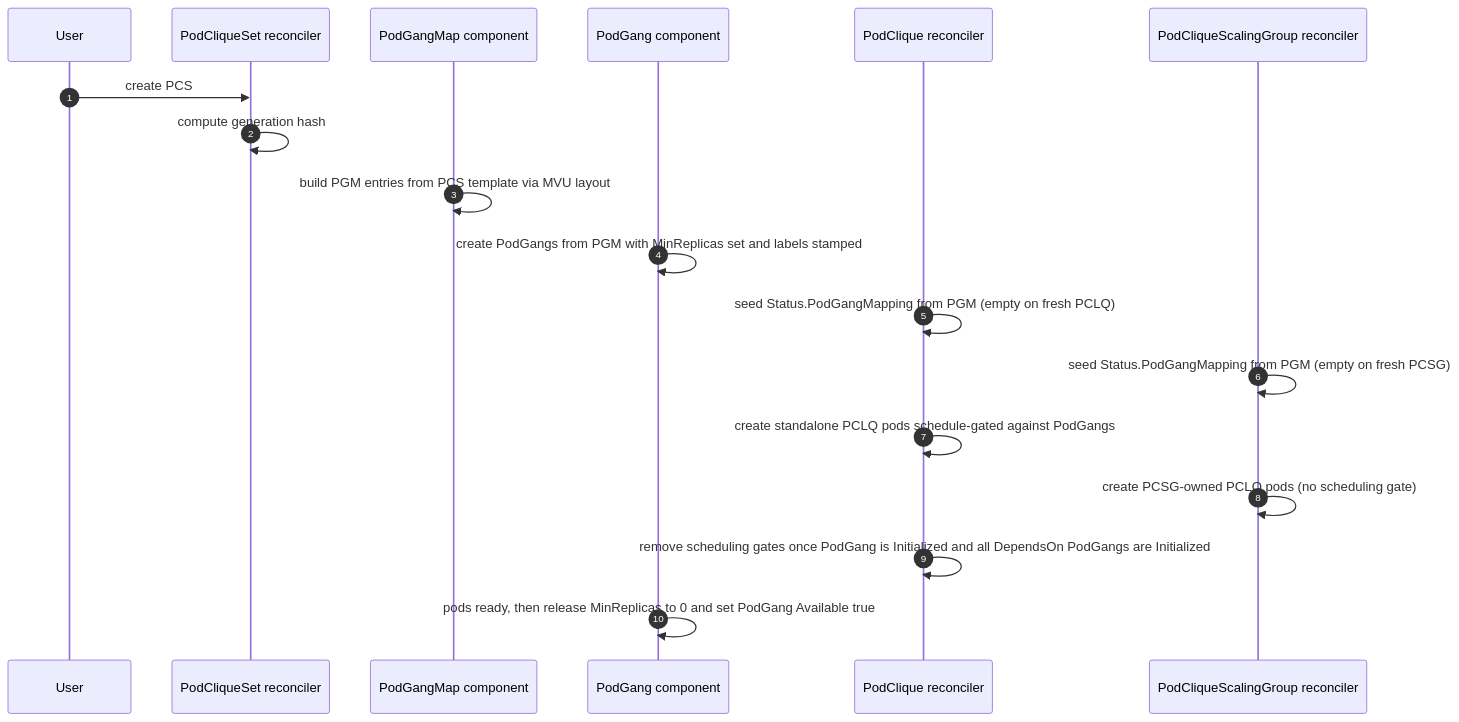
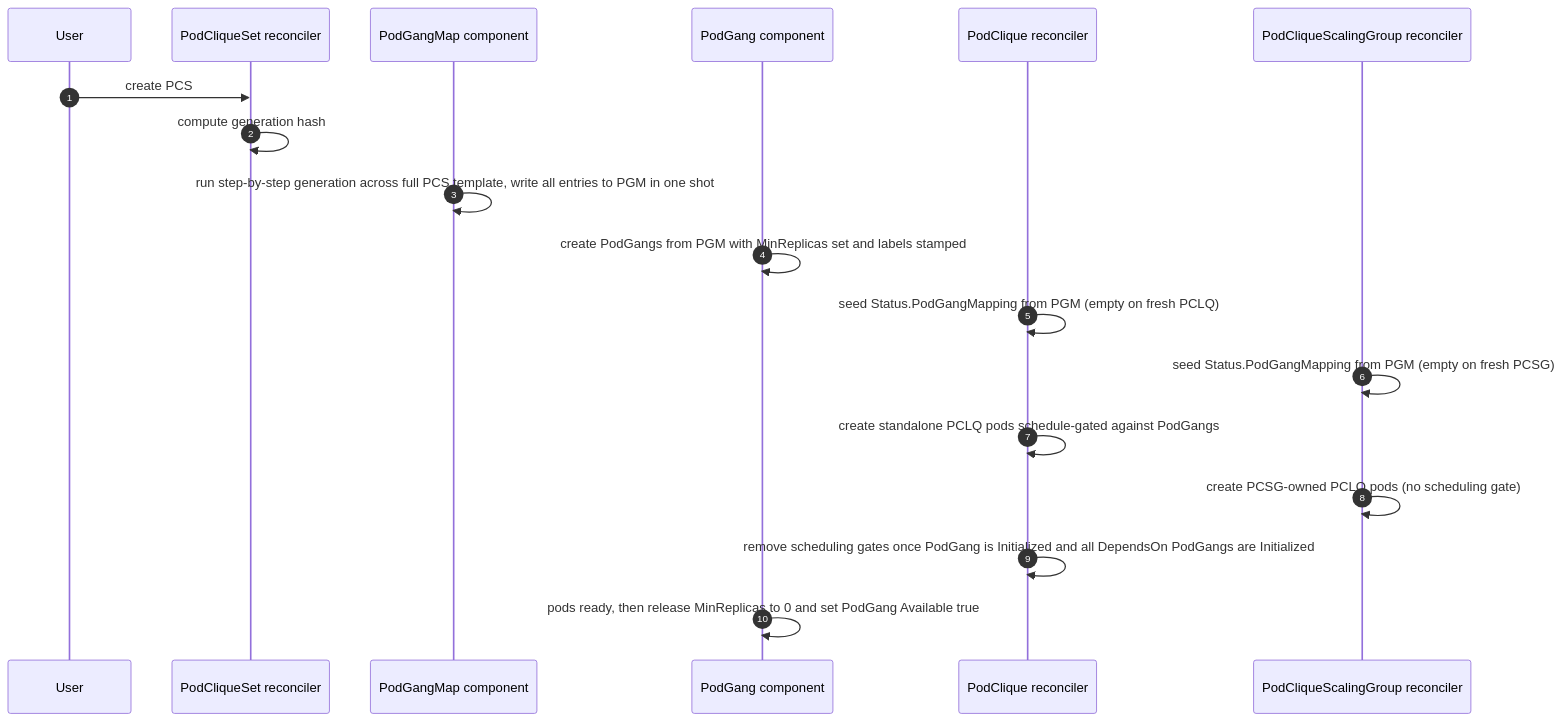
Before and after one commit to ai-dynamo/grove: the first of 5 diagrams in docs/proposals/393-coherent-rolling-updates/README.md, drawn with Mermaid. The commit also changed other lines of this file, not shown here.

First line of the commit message:
docs(GREP-393): redesign PodGang generation algorithm and DependsOn

````diff
--- a/docs/proposals/393-coherent-rolling-updates/README.md
+++ b/docs/proposals/393-coherent-rolling-updates/README.md
@@ -436,21 +528,21 @@
 ```mermaid
 sequenceDiagram
   autonumber
   participant User
   participant PCS as PodCliqueSet reconciler
   participant PGM as PodGangMap component
   participant PG as PodGang component
   participant PCLQ as PodClique reconciler
   participant PCSG as PodCliqueScalingGroup reconciler
 
   User->>PCS: create PCS
   PCS->>PCS: compute generation hash
-  PGM->>PGM: build PGM entries from PCS template via MVU layout
+  PGM->>PGM: run step-by-step generation across full PCS template, write all entries to PGM in one shot
   PG->>PG: create PodGangs from PGM with MinReplicas set and labels stamped
   PCLQ->>PCLQ: seed Status.PodGangMapping from PGM (empty on fresh PCLQ)
   PCSG->>PCSG: seed Status.PodGangMapping from PGM (empty on fresh PCSG)
   PCLQ->>PCLQ: create standalone PCLQ pods schedule-gated against PodGangs
   PCSG->>PCSG: create PCSG-owned PCLQ pods (no scheduling gate)
   PCLQ->>PCLQ: remove scheduling gates once PodGang is Initialized and all DependsOn PodGangs are Initialized
   PG->>PG: pods ready, then release MinReplicas to 0 and set PodGang Available true
 ```
````
